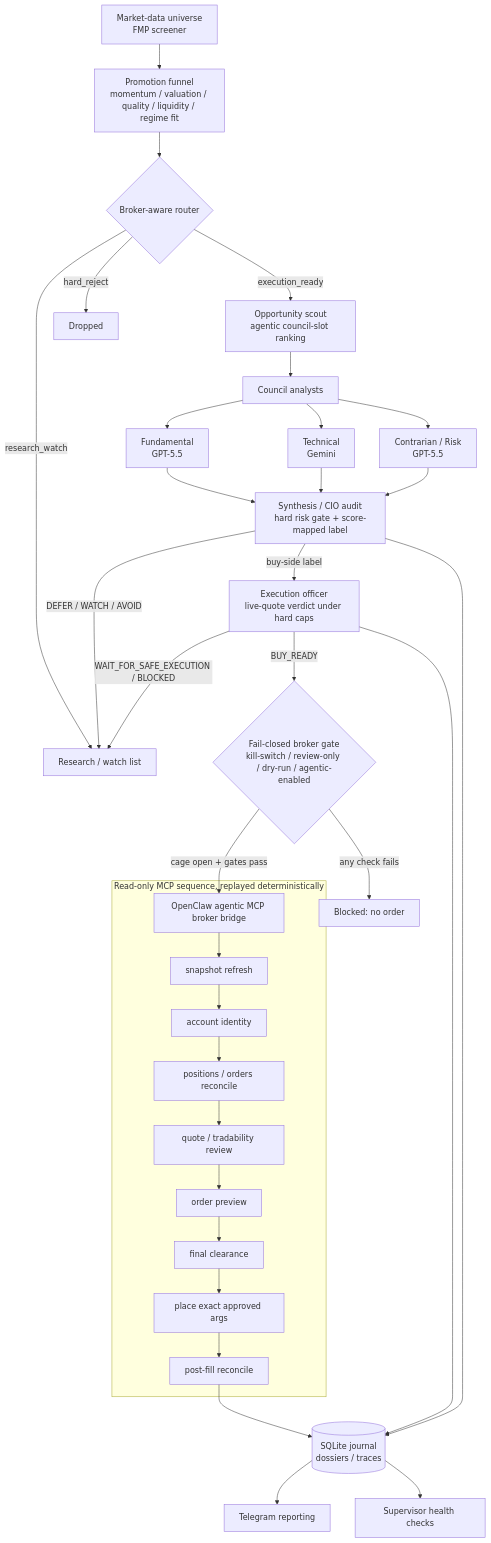
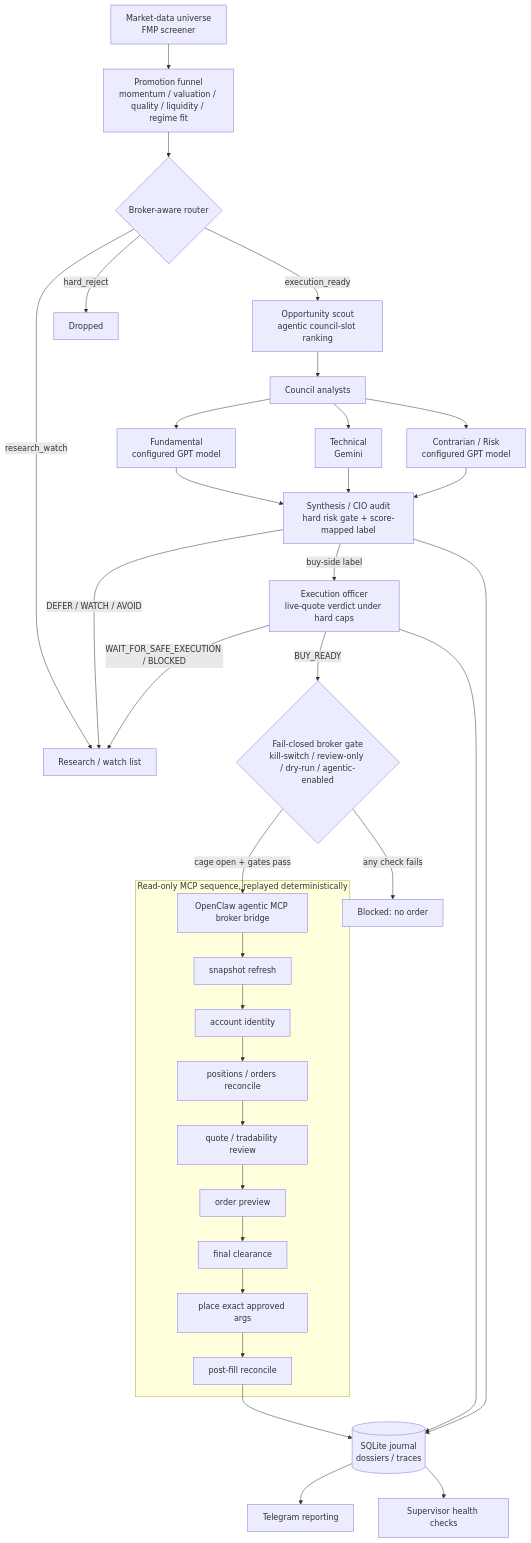
The diagram in docs/DESIGN.md (akira231097/artha-council), drawn with Mermaid before and after one commit. The commit also changed other lines of this file and 43 other files, not shown here.

````diff
--- a/docs/DESIGN.md
+++ b/docs/DESIGN.md
@@ -12,34 +12,34 @@
 ```mermaid
 flowchart TD
     A[Market-data universe<br/>FMP screener] --> B[Promotion funnel<br/>momentum / valuation / quality / liquidity / regime fit]
     B --> C{Broker-aware router}
     C -->|execution_ready| D[Opportunity scout<br/>agentic council-slot ranking]
     C -->|research_watch| W[Research / watch list]
     C -->|hard_reject| X[Dropped]
 
     D --> E[Council analysts]
-    E --> E1[Fundamental<br/>GPT-5.5]
+    E --> E1[Fundamental<br/>configured GPT model]
     E --> E2[Technical<br/>Gemini]
-    E --> E3[Contrarian / Risk<br/>GPT-5.5]
+    E --> E3[Contrarian / Risk<br/>configured GPT model]
     E1 --> F[Synthesis / CIO audit<br/>hard risk gate + score-mapped label]
     E2 --> F
     E3 --> F
 
     F -->|buy-side label| G[Execution officer<br/>live-quote verdict under hard caps]
     F -->|DEFER / WATCH / AVOID| W
     G -->|BUY_READY| H{Fail-closed broker gate<br/>kill-switch / review-only / dry-run / agentic-enabled}
     G -->|WAIT_FOR_SAFE_EXECUTION / BLOCKED| W
 
     H -->|cage open + gates pass| I[OpenClaw agentic MCP broker bridge]
     H -->|any check fails| Z["Blocked: no order"]
 
     subgraph BRIDGE["Read-only MCP sequence, replayed deterministically"]
         I --> I1[snapshot refresh] --> I2[account identity] --> I3[positions / orders reconcile] --> I4[quote / tradability review] --> I5[order preview] --> I6[final clearance] --> I7[place exact approved args] --> I8[post-fill reconcile]
     end
 
     I8 --> J[(SQLite journal<br/>dossiers / traces)]
     G --> J
     F --> J
     J --> K[Telegram reporting]
     J --> L[Supervisor health checks]
 ```
````
